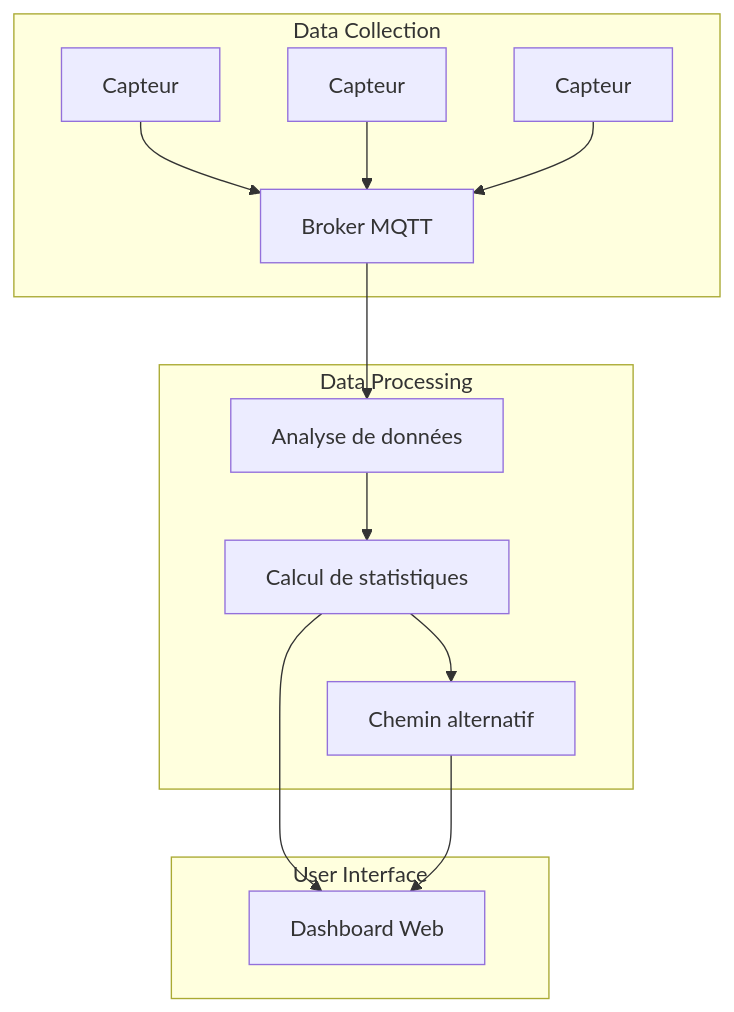
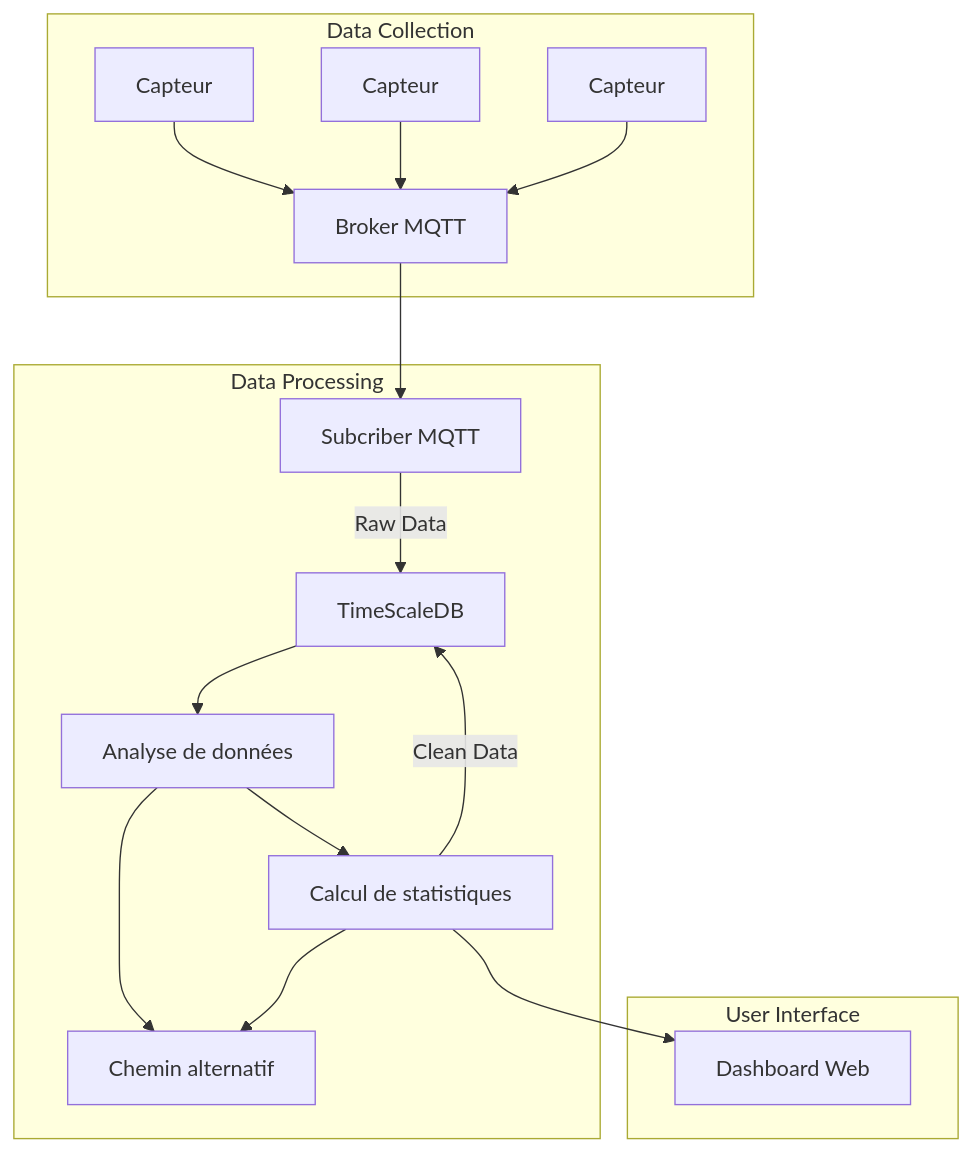
One commit to Jason-Ecole-IT/City-Flow-Analytics changed the first of 2 diagrams in docs/project-architecture.md. Above: the diagram before and after it, drawn with Mermaid. The commit also changed other lines of this file and 3 other files, not shown here.

Commit message:
Update documentation for project architecture following project priorities realignement.

````diff
--- a/docs/project-architecture.md
+++ b/docs/project-architecture.md
@@ -7,26 +7,31 @@
 ```mermaid
 graph TD
     subgraph Data Collection
         A[Capteur]
         B[Capteur]
         C[Capteur]
         D[Broker MQTT]
         end
     subgraph Data Processing
-        E[Analyse de données]
-        F[Calcul de statistiques]
-        G[Chemin alternatif]
+        E[Subcriber MQTT]
+        F[Analyse de données]
+        G[Calcul de statistiques]
+        H[Chemin alternatif]
+        I[TimeScaleDB]
         end
     subgraph User Interface
-        H[Dashboard Web]
+        J[Dashboard Web]
         end
     
     A --> D
     B --> D
     C --> D
     D --> E
-    E --> F
+    E -- Raw Data --> I
+    I --> F
     F --> G
     F --> H
     G --> H
+    G -- Clean Data --> I
+    G --> J
 ```
````
